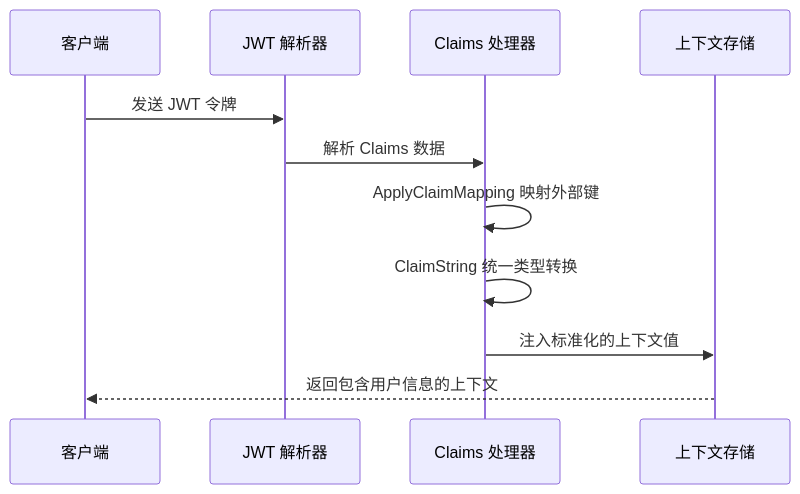
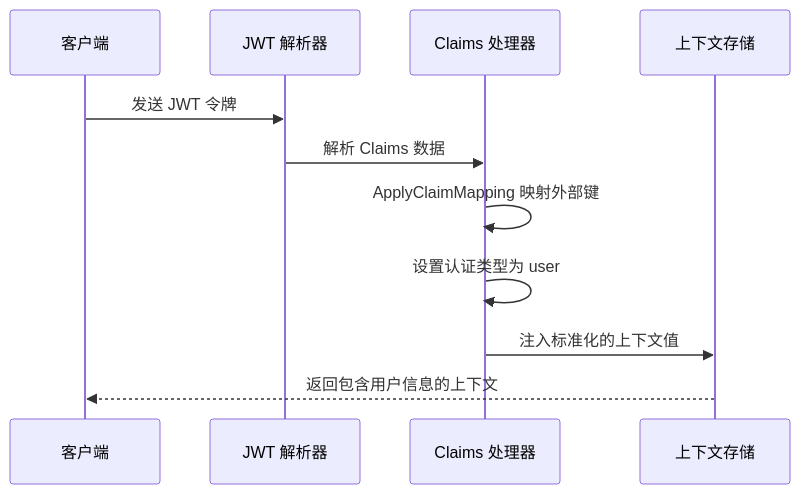
One commit to maomao94/zero-service changed the fourth of 11 diagrams in .qoder/repowiki/zh/content/Ctxdata Context Management.md. Above: the diagram before and after it, drawn with Mermaid. The commit also changed other lines of this file and 7 other files, not shown here.

````diff
--- a/.qoder/repowiki/zh/content/Ctxdata Context Management.md
+++ b/.qoder/repowiki/zh/content/Ctxdata Context Management.md
@@ -168,13 +218,13 @@
 ```mermaid
 sequenceDiagram
 participant Client as 客户端
 participant JWT as JWT 解析器
 participant Claims as Claims 处理器
 participant Ctx as 上下文存储
 Client->>JWT : 发送 JWT 令牌
 JWT->>Claims : 解析 Claims 数据
 Claims->>Claims : ApplyClaimMapping 映射外部键
-Claims->>Claims : ClaimString 统一类型转换
+Claims->>Claims : 设置认证类型为 user
 Claims->>Ctx : 注入标准化的上下文值
 Ctx-->>Client : 返回包含用户信息的上下文
 ```
````
